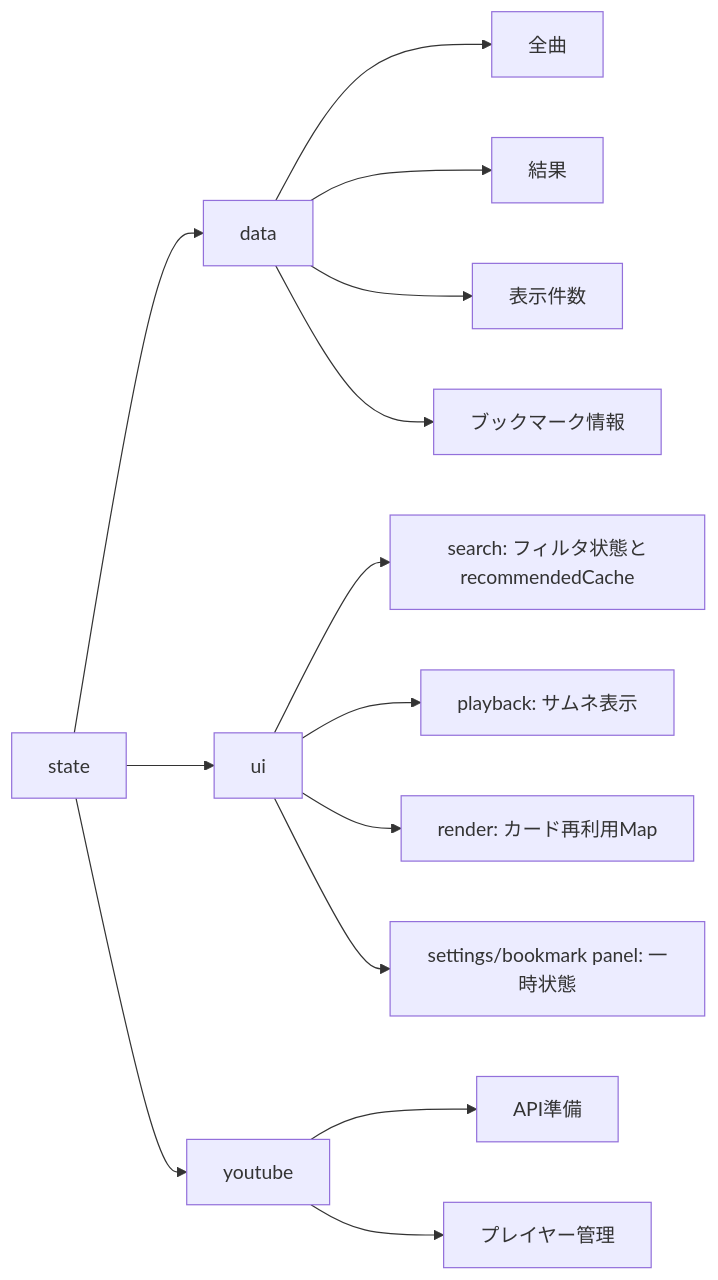
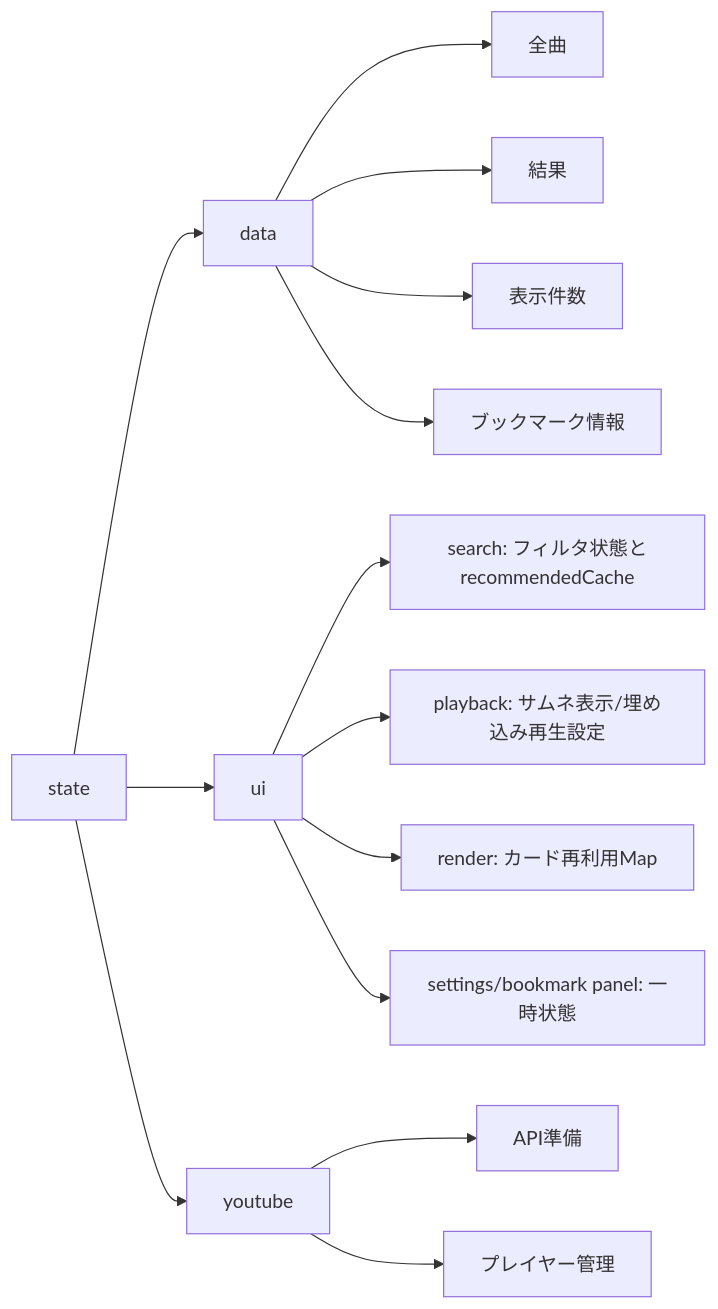
Before and after one commit to an-oa/devel-knksongs: the third of 3 diagrams in DESIGN.md, drawn with Mermaid. The commit also changed other lines of this file and 1 other file, not shown here.

````diff
--- a/DESIGN.md
+++ b/DESIGN.md
@@ -254,17 +260,17 @@
 ```mermaid
 flowchart LR
     state[state]
     state --> data[data]
     state --> ui[ui]
     state --> youtube[youtube]
     data --> d1[全曲]
     data --> d2[結果]
     data --> d3[表示件数]
     data --> d4[ブックマーク情報]
     ui --> u1[search: フィルタ状態とrecommendedCache]
-    ui --> u2[playback: サムネ表示]
+    ui --> u2[playback: サムネ表示/埋め込み再生設定]
     ui --> u3[render: カード再利用Map]
     ui --> u4[settings/bookmark panel: 一時状態]
     youtube --> y1[API準備]
     youtube --> y2[プレイヤー管理]
 ```
````
